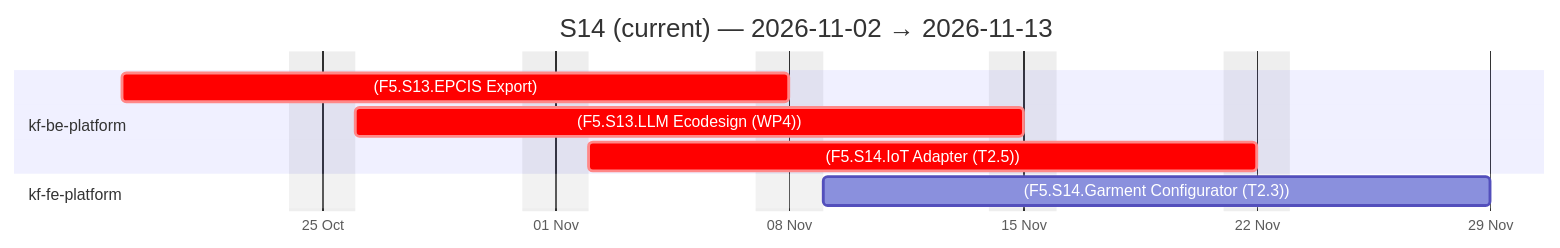
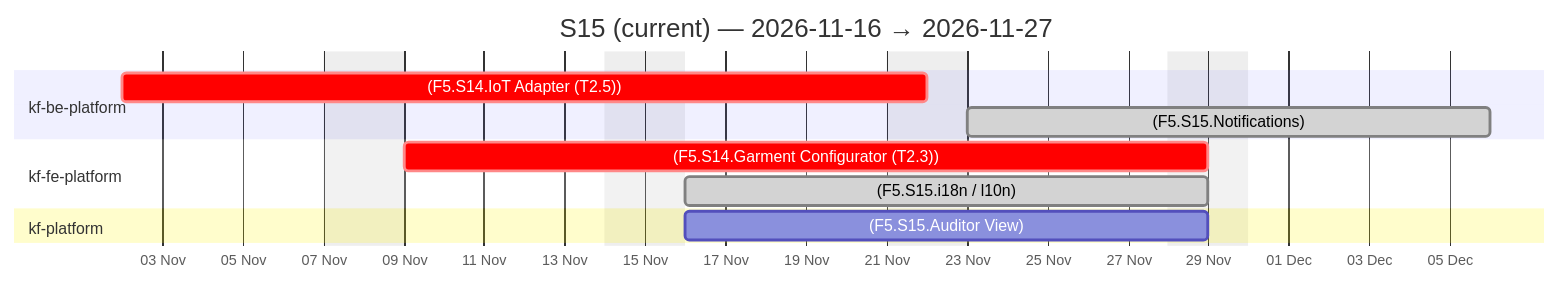
The third of 4 diagrams in docs/agile-sprints.md (Katty-Fashion/kf-cpto), drawn with Mermaid before and after one commit. The commit also changed other lines of this file and 16 other files, not shown here.

````diff
--- a/docs/agile-sprints.md
+++ b/docs/agile-sprints.md
@@ -73,14 +70,16 @@
 ```mermaid
 gantt
-    title S14 (current) — 2026-11-02 → 2026-11-13
+    title S15 (current) — 2026-11-16 → 2026-11-27
     dateFormat YYYY-MM-DD
     axisFormat %d %b
     excludes weekends
 
     section kf-be-platform
-    (F5.S13.EPCIS Export) :crit, 2026-10-19, 2026-11-08
-    (F5.S13.LLM Ecodesign (WP4)) :crit, 2026-10-26, 2026-11-15
     (F5.S14.IoT Adapter (T2.5)) :crit, 2026-11-02, 2026-11-22
+    (F5.S15.Notifications) :done, 2026-11-23, 2026-12-06
     section kf-fe-platform
-    (F5.S14.Garment Configurator (T2.3)) :2026-11-09, 2026-11-29
+    (F5.S14.Garment Configurator (T2.3)) :crit, 2026-11-09, 2026-11-29
+    (F5.S15.i18n / l10n) :done, 2026-11-16, 2026-11-29
+    section kf-platform
+    (F5.S15.Auditor View) :2026-11-16, 2026-11-29
 ```
````
